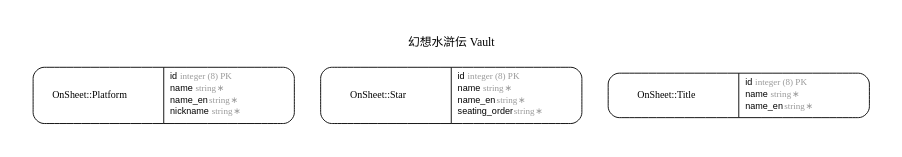
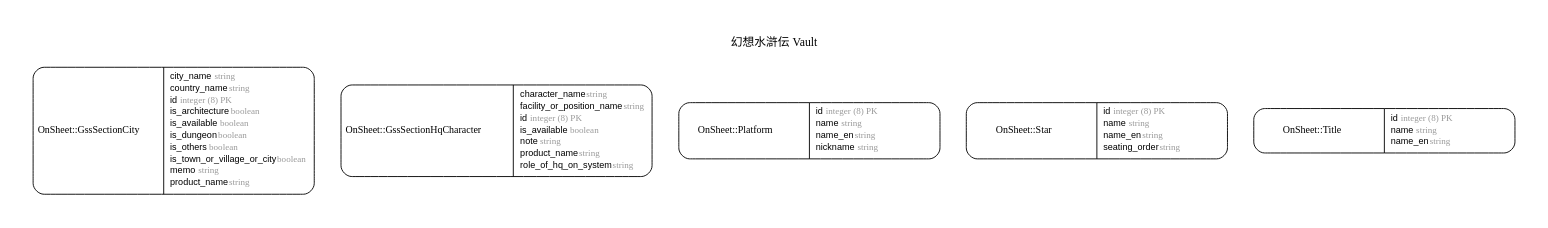
The diagram in db/erd.dot (true-runes/vault), drawn with Graphviz before and after one commit. The commit also changed 24 other files, not shown here.

```diff
--- a/db/erd.dot
+++ b/db/erd.dot
@@ -1,49 +1,80 @@
 digraph Vault {
 rankdir = "LR";
 ranksep = "0.5";
 nodesep = "0.4";
 pad = "0.4,0.4";
 margin = "0,0";
 concentrate = "true";
 labelloc = "t";
 fontsize = "13";
 fontname = "Arial Bold";
 splines = "spline";
 node[ shape  =  "Mrecord" , fontsize  =  "10" , fontname  =  "Arial" , margin  =  "0.07,0.05" , penwidth  =  "1.0"];
 edge[ fontname  =  "Arial" , fontsize  =  "7" , dir  =  "both" , arrowsize  =  "0.9" , penwidth  =  "1.0" , labelangle  =  "32" , labeldistance  =  "1.8"];
 rankdir = "TB";
 label = "幻想水滸伝 Vault\n\n";
 splines = "spline";
+"m_OnSheet::GssSectionCity" [label = <<table border="0" align="center" cellspacing="0.5" cellpadding="0" width="134">
+  <tr><td align="center" valign="bottom" width="130"><font face="Arial Bold" point-size="11">OnSheet::GssSectionCity</font></td></tr>
+</table>
+|
+<table border="0" align="left" cellspacing="2" cellpadding="0" width="134">
+  <tr><td align="left" width="130" port="city_name">city_name <font face="Arial Italic" color="grey60">string</font></td></tr>
+  <tr><td align="left" width="130" port="country_name">country_name <font face="Arial Italic" color="grey60">string</font></td></tr>
+  <tr><td align="left" width="130" port="id">id <font face="Arial Italic" color="grey60">integer (8) PK</font></td></tr>
+  <tr><td align="left" width="130" port="is_architecture">is_architecture <font face="Arial Italic" color="grey60">boolean</font></td></tr>
+  <tr><td align="left" width="130" port="is_available">is_available <font face="Arial Italic" color="grey60">boolean</font></td></tr>
+  <tr><td align="left" width="130" port="is_dungeon">is_dungeon <font face="Arial Italic" color="grey60">boolean</font></td></tr>
+  <tr><td align="left" width="130" port="is_others">is_others <font face="Arial Italic" color="grey60">boolean</font></td></tr>
+  <tr><td align="left" width="130" port="is_town_or_village_or_city">is_town_or_village_or_city <font face="Arial Italic" color="grey60">boolean</font></td></tr>
+  <tr><td align="left" width="130" port="memo">memo <font face="Arial Italic" color="grey60">string</font></td></tr>
+  <tr><td align="left" width="130" port="product_name">product_name <font face="Arial Italic" color="grey60">string</font></td></tr>
+</table>
+>];
+"m_OnSheet::GssSectionHqCharacter" [label = <<table border="0" align="center" cellspacing="0.5" cellpadding="0" width="134">
+  <tr><td align="center" valign="bottom" width="130"><font face="Arial Bold" point-size="11">OnSheet::GssSectionHqCharacter</font></td></tr>
+</table>
+|
+<table border="0" align="left" cellspacing="2" cellpadding="0" width="134">
+  <tr><td align="left" width="130" port="character_name">character_name <font face="Arial Italic" color="grey60">string</font></td></tr>
+  <tr><td align="left" width="130" port="facility_or_position_name">facility_or_position_name <font face="Arial Italic" color="grey60">string</font></td></tr>
+  <tr><td align="left" width="130" port="id">id <font face="Arial Italic" color="grey60">integer (8) PK</font></td></tr>
+  <tr><td align="left" width="130" port="is_available">is_available <font face="Arial Italic" color="grey60">boolean</font></td></tr>
+  <tr><td align="left" width="130" port="note">note <font face="Arial Italic" color="grey60">string</font></td></tr>
+  <tr><td align="left" width="130" port="product_name">product_name <font face="Arial Italic" color="grey60">string</font></td></tr>
+  <tr><td align="left" width="130" port="role_of_hq_on_system">role_of_hq_on_system <font face="Arial Italic" color="grey60">string</font></td></tr>
+</table>
+>];
 "m_OnSheet::Platform" [label = <<table border="0" align="center" cellspacing="0.5" cellpadding="0" width="134">
   <tr><td align="center" valign="bottom" width="130"><font face="Arial Bold" point-size="11">OnSheet::Platform</font></td></tr>
 </table>
 |
 <table border="0" align="left" cellspacing="2" cellpadding="0" width="134">
   <tr><td align="left" width="130" port="id">id <font face="Arial Italic" color="grey60">integer (8) PK</font></td></tr>
-  <tr><td align="left" width="130" port="name">name <font face="Arial Italic" color="grey60">string ∗</font></td></tr>
-  <tr><td align="left" width="130" port="name_en">name_en <font face="Arial Italic" color="grey60">string ∗</font></td></tr>
-  <tr><td align="left" width="130" port="nickname">nickname <font face="Arial Italic" color="grey60">string ∗</font></td></tr>
+  <tr><td align="left" width="130" port="name">name <font face="Arial Italic" color="grey60">string</font></td></tr>
+  <tr><td align="left" width="130" port="name_en">name_en <font face="Arial Italic" color="grey60">string</font></td></tr>
+  <tr><td align="left" width="130" port="nickname">nickname <font face="Arial Italic" color="grey60">string</font></td></tr>
 </table>
 >];
 "m_OnSheet::Star" [label = <<table border="0" align="center" cellspacing="0.5" cellpadding="0" width="134">
   <tr><td align="center" valign="bottom" width="130"><font face="Arial Bold" point-size="11">OnSheet::Star</font></td></tr>
 </table>
 |
 <table border="0" align="left" cellspacing="2" cellpadding="0" width="134">
   <tr><td align="left" width="130" port="id">id <font face="Arial Italic" color="grey60">integer (8) PK</font></td></tr>
-  <tr><td align="left" width="130" port="name">name <font face="Arial Italic" color="grey60">string ∗</font></td></tr>
-  <tr><td align="left" width="130" port="name_en">name_en <font face="Arial Italic" color="grey60">string ∗</font></td></tr>
-  <tr><td align="left" width="130" port="seating_order">seating_order <font face="Arial Italic" color="grey60">string ∗</font></td></tr>
+  <tr><td align="left" width="130" port="name">name <font face="Arial Italic" color="grey60">string</font></td></tr>
+  <tr><td align="left" width="130" port="name_en">name_en <font face="Arial Italic" color="grey60">string</font></td></tr>
+  <tr><td align="left" width="130" port="seating_order">seating_order <font face="Arial Italic" color="grey60">string</font></td></tr>
 </table>
 >];
 "m_OnSheet::Title" [label = <<table border="0" align="center" cellspacing="0.5" cellpadding="0" width="134">
   <tr><td align="center" valign="bottom" width="130"><font face="Arial Bold" point-size="11">OnSheet::Title</font></td></tr>
 </table>
 |
 <table border="0" align="left" cellspacing="2" cellpadding="0" width="134">
   <tr><td align="left" width="130" port="id">id <font face="Arial Italic" color="grey60">integer (8) PK</font></td></tr>
-  <tr><td align="left" width="130" port="name">name <font face="Arial Italic" color="grey60">string ∗</font></td></tr>
-  <tr><td align="left" width="130" port="name_en">name_en <font face="Arial Italic" color="grey60">string ∗</font></td></tr>
+  <tr><td align="left" width="130" port="name">name <font face="Arial Italic" color="grey60">string</font></td></tr>
+  <tr><td align="left" width="130" port="name_en">name_en <font face="Arial Italic" color="grey60">string</font></td></tr>
 </table>
 >];
 }
```
